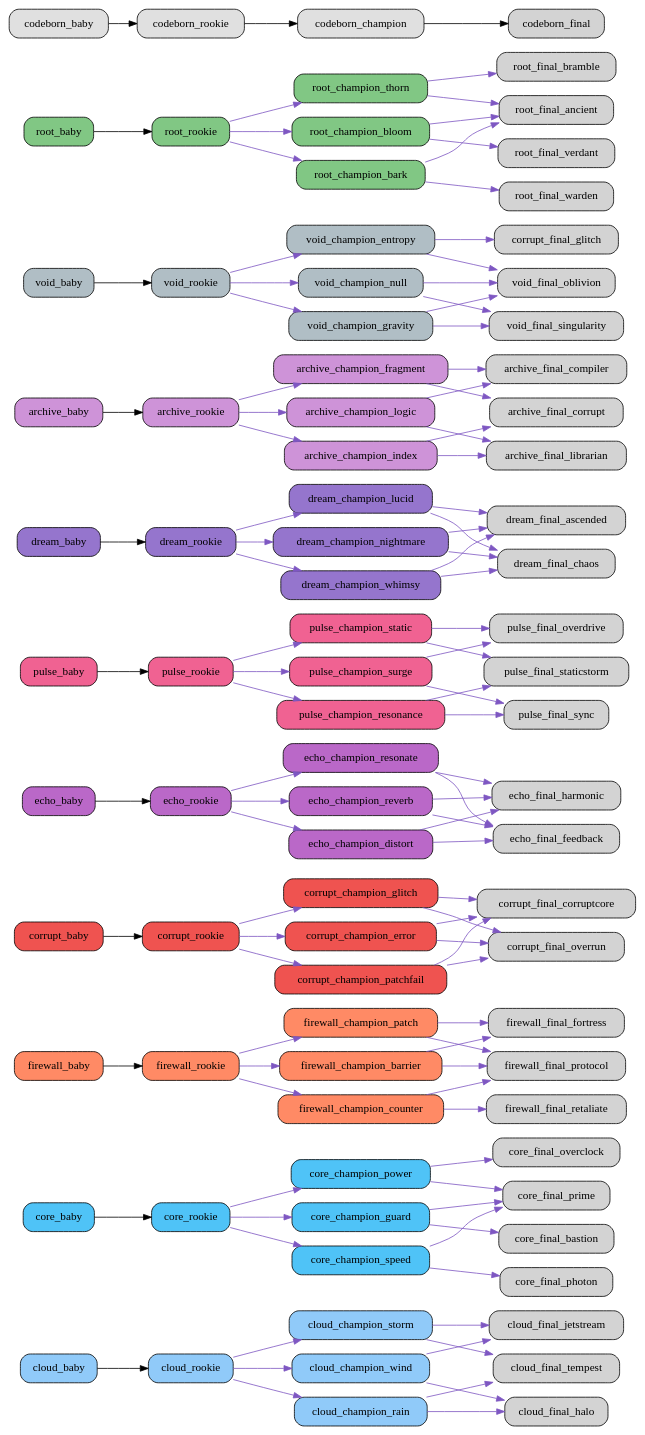
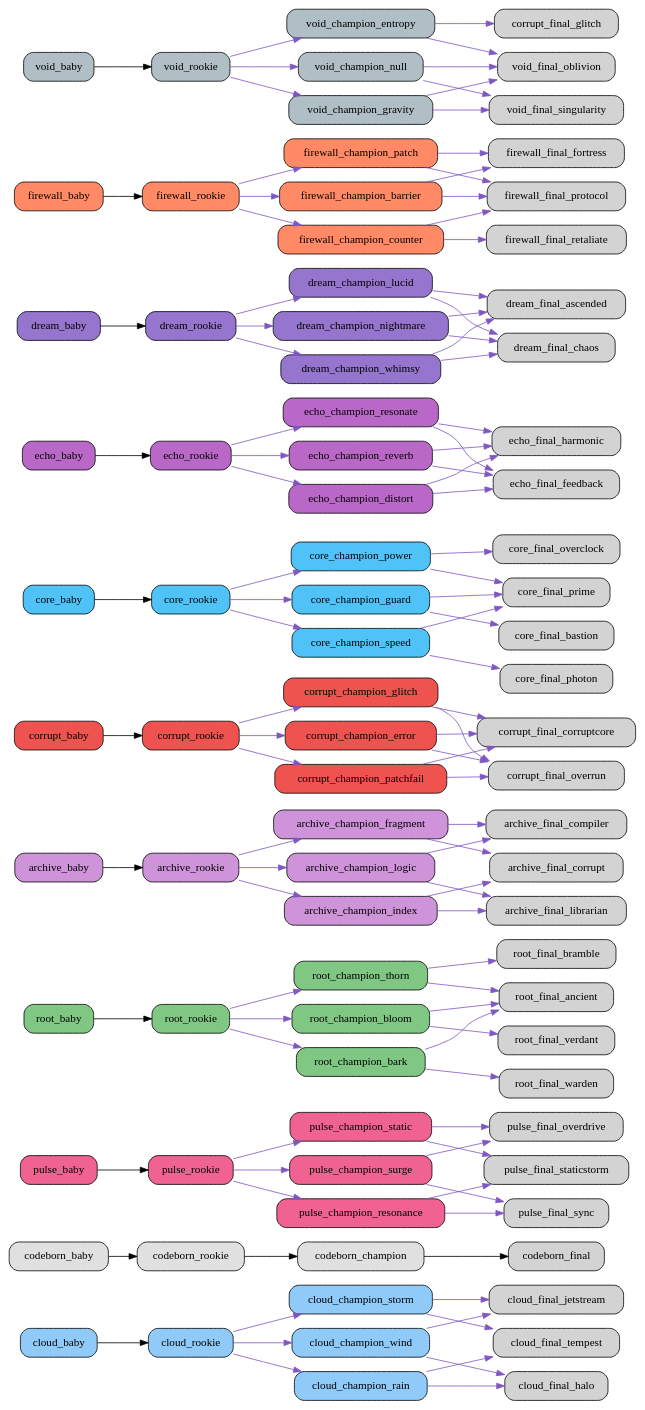
The diagram in src/netgrid/systems/evolution/graphs/full/evolution_graph.dot (bwlight/NetGrid), drawn with Graphviz before and after one commit. The commit also changed other lines of this file and 8 other files, not shown here.

Commit message:
Auto-update evolution graphs

```diff
--- a/src/netgrid/systems/evolution/graphs/full/evolution_graph.dot
+++ b/src/netgrid/systems/evolution/graphs/full/evolution_graph.dot
@@ -16,6 +16,72 @@
   "cloud_champion_storm" [fillcolor="#90caf9"];
   "cloud_champion_storm" -> "cloud_final_tempest" [color="#7e57c2"];
   "cloud_champion_storm" -> "cloud_final_jetstream" [color="#7e57c2"];
+  "codeborn_baby" [fillcolor="#e0e0e0"];
+  "codeborn_baby" -> "codeborn_rookie";
+  "codeborn_rookie" [fillcolor="#e0e0e0"];
+  "codeborn_rookie" -> "codeborn_champion";
+  "codeborn_champion" [fillcolor="#e0e0e0"];
+  "codeborn_champion" -> "codeborn_final";
+  "pulse_baby" [fillcolor="#f06292"];
+  "pulse_baby" -> "pulse_rookie";
+  "pulse_rookie" [fillcolor="#f06292"];
+  "pulse_rookie" -> "pulse_champion_surge" [color="#7e57c2"];
+  "pulse_rookie" -> "pulse_champion_resonance" [color="#7e57c2"];
+  "pulse_rookie" -> "pulse_champion_static" [color="#7e57c2"];
+  "pulse_champion_surge" [fillcolor="#f06292"];
+  "pulse_champion_surge" -> "pulse_final_overdrive" [color="#7e57c2"];
+  "pulse_champion_surge" -> "pulse_final_sync" [color="#7e57c2"];
+  "pulse_champion_resonance" [fillcolor="#f06292"];
+  "pulse_champion_resonance" -> "pulse_final_sync" [color="#7e57c2"];
+  "pulse_champion_resonance" -> "pulse_final_staticstorm" [color="#7e57c2"];
+  "pulse_champion_static" [fillcolor="#f06292"];
+  "pulse_champion_static" -> "pulse_final_staticstorm" [color="#7e57c2"];
+  "pulse_champion_static" -> "pulse_final_overdrive" [color="#7e57c2"];
+  "root_baby" [fillcolor="#81c784"];
+  "root_baby" -> "root_rookie";
+  "root_rookie" [fillcolor="#81c784"];
+  "root_rookie" -> "root_champion_thorn" [color="#7e57c2"];
+  "root_rookie" -> "root_champion_bloom" [color="#7e57c2"];
+  "root_rookie" -> "root_champion_bark" [color="#7e57c2"];
+  "root_champion_thorn" [fillcolor="#81c784"];
+  "root_champion_thorn" -> "root_final_bramble" [color="#7e57c2"];
+  "root_champion_thorn" -> "root_final_ancient" [color="#7e57c2"];
+  "root_champion_bloom" [fillcolor="#81c784"];
+  "root_champion_bloom" -> "root_final_ancient" [color="#7e57c2"];
+  "root_champion_bloom" -> "root_final_verdant" [color="#7e57c2"];
+  "root_champion_bark" [fillcolor="#81c784"];
+  "root_champion_bark" -> "root_final_warden" [color="#7e57c2"];
+  "root_champion_bark" -> "root_final_ancient" [color="#7e57c2"];
+  "archive_baby" [fillcolor="#ce93d8"];
+  "archive_baby" -> "archive_rookie";
+  "archive_rookie" [fillcolor="#ce93d8"];
+  "archive_rookie" -> "archive_champion_logic" [color="#7e57c2"];
+  "archive_rookie" -> "archive_champion_index" [color="#7e57c2"];
+  "archive_rookie" -> "archive_champion_fragment" [color="#7e57c2"];
+  "archive_champion_logic" [fillcolor="#ce93d8"];
+  "archive_champion_logic" -> "archive_final_compiler" [color="#7e57c2"];
+  "archive_champion_logic" -> "archive_final_librarian" [color="#7e57c2"];
+  "archive_champion_index" [fillcolor="#ce93d8"];
+  "archive_champion_index" -> "archive_final_librarian" [color="#7e57c2"];
+  "archive_champion_index" -> "archive_final_corrupt" [color="#7e57c2"];
+  "archive_champion_fragment" [fillcolor="#ce93d8"];
+  "archive_champion_fragment" -> "archive_final_corrupt" [color="#7e57c2"];
+  "archive_champion_fragment" -> "archive_final_compiler" [color="#7e57c2"];
+  "corrupt_baby" [fillcolor="#ef5350"];
+  "corrupt_baby" -> "corrupt_rookie";
+  "corrupt_rookie" [fillcolor="#ef5350"];
+  "corrupt_rookie" -> "corrupt_champion_glitch" [color="#7e57c2"];
+  "corrupt_rookie" -> "corrupt_champion_error" [color="#7e57c2"];
+  "corrupt_rookie" -> "corrupt_champion_patchfail" [color="#7e57c2"];
+  "corrupt_champion_glitch" [fillcolor="#ef5350"];
+  "corrupt_champion_glitch" -> "corrupt_final_corruptcore" [color="#7e57c2"];
+  "corrupt_champion_glitch" -> "corrupt_final_overrun" [color="#7e57c2"];
+  "corrupt_champion_error" [fillcolor="#ef5350"];
+  "corrupt_champion_error" -> "corrupt_final_overrun" [color="#7e57c2"];
+  "corrupt_champion_error" -> "corrupt_final_corruptcore" [color="#7e57c2"];
+  "corrupt_champion_patchfail" [fillcolor="#ef5350"];
+  "corrupt_champion_patchfail" -> "corrupt_final_corruptcore" [color="#7e57c2"];
+  "corrupt_champion_patchfail" -> "corrupt_final_overrun" [color="#7e57c2"];
   "core_baby" [fillcolor="#4fc3f7"];
   "core_baby" -> "core_rookie";
   "core_rookie" [fillcolor="#4fc3f7"];
@@ -31,6 +97,36 @@
   "core_champion_speed" [fillcolor="#4fc3f7"];
   "core_champion_speed" -> "core_final_photon" [color="#7e57c2"];
   "core_champion_speed" -> "core_final_prime" [color="#7e57c2"];
+  "echo_baby" [fillcolor="#ba68c8"];
+  "echo_baby" -> "echo_rookie";
+  "echo_rookie" [fillcolor="#ba68c8"];
+  "echo_rookie" -> "echo_champion_resonate" [color="#7e57c2"];
+  "echo_rookie" -> "echo_champion_reverb" [color="#7e57c2"];
+  "echo_rookie" -> "echo_champion_distort" [color="#7e57c2"];
+  "echo_champion_resonate" [fillcolor="#ba68c8"];
+  "echo_champion_resonate" -> "echo_final_harmonic" [color="#7e57c2"];
+  "echo_champion_resonate" -> "echo_final_feedback" [color="#7e57c2"];
+  "echo_champion_reverb" [fillcolor="#ba68c8"];
+  "echo_champion_reverb" -> "echo_final_feedback" [color="#7e57c2"];
+  "echo_champion_reverb" -> "echo_final_harmonic" [color="#7e57c2"];
+  "echo_champion_distort" [fillcolor="#ba68c8"];
+  "echo_champion_distort" -> "echo_final_feedback" [color="#7e57c2"];
+  "echo_champion_distort" -> "echo_final_harmonic" [color="#7e57c2"];
+  "dream_baby" [fillcolor="#9575cd"];
+  "dream_baby" -> "dream_rookie";
+  "dream_rookie" [fillcolor="#9575cd"];
+  "dream_rookie" -> "dream_champion_lucid" [color="#7e57c2"];
+  "dream_rookie" -> "dream_champion_nightmare" [color="#7e57c2"];
+  "dream_rookie" -> "dream_champion_whimsy" [color="#7e57c2"];
+  "dream_champion_lucid" [fillcolor="#9575cd"];
+  "dream_champion_lucid" -> "dream_final_ascended" [color="#7e57c2"];
+  "dream_champion_lucid" -> "dream_final_chaos" [color="#7e57c2"];
+  "dream_champion_nightmare" [fillcolor="#9575cd"];
+  "dream_champion_nightmare" -> "dream_final_chaos" [color="#7e57c2"];
+  "dream_champion_nightmare" -> "dream_final_ascended" [color="#7e57c2"];
+  "dream_champion_whimsy" [fillcolor="#9575cd"];
+  "dream_champion_whimsy" -> "dream_final_ascended" [color="#7e57c2"];
+  "dream_champion_whimsy" -> "dream_final_chaos" [color="#7e57c2"];
   "firewall_baby" [fillcolor="#ff8a65"];
   "firewall_baby" -> "firewall_rookie";
   "firewall_rookie" [fillcolor="#ff8a65"];
@@ -46,81 +142,6 @@
   "firewall_champion_patch" [fillcolor="#ff8a65"];
   "firewall_champion_patch" -> "firewall_final_protocol" [color="#7e57c2"];
   "firewall_champion_patch" -> "firewall_final_fortress" [color="#7e57c2"];
-  "corrupt_baby" [fillcolor="#ef5350"];
-  "corrupt_baby" -> "corrupt_rookie";
-  "corrupt_rookie" [fillcolor="#ef5350"];
-  "corrupt_rookie" -> "corrupt_champion_glitch" [color="#7e57c2"];
-  "corrupt_rookie" -> "corrupt_champion_error" [color="#7e57c2"];
-  "corrupt_rookie" -> "corrupt_champion_patchfail" [color="#7e57c2"];
-  "corrupt_champion_glitch" [fillcolor="#ef5350"];
-  "corrupt_champion_glitch" -> "corrupt_final_corruptcore" [color="#7e57c2"];
-  "corrupt_champion_glitch" -> "corrupt_final_overrun" [color="#7e57c2"];
-  "corrupt_champion_error" [fillcolor="#ef5350"];
-  "corrupt_champion_error" -> "corrupt_final_overrun" [color="#7e57c2"];
-  "corrupt_champion_error" -> "corrupt_final_corruptcore" [color="#7e57c2"];
-  "corrupt_champion_patchfail" [fillcolor="#ef5350"];
-  "corrupt_champion_patchfail" -> "corrupt_final_corruptcore" [color="#7e57c2"];
-  "corrupt_champion_patchfail" -> "corrupt_final_overrun" [color="#7e57c2"];
-  "echo_baby" [fillcolor="#ba68c8"];
-  "echo_baby" -> "echo_rookie";
-  "echo_rookie" [fillcolor="#ba68c8"];
-  "echo_rookie" -> "echo_champion_resonate" [color="#7e57c2"];
-  "echo_rookie" -> "echo_champion_reverb" [color="#7e57c2"];
-  "echo_rookie" -> "echo_champion_distort" [color="#7e57c2"];
-  "echo_champion_resonate" [fillcolor="#ba68c8"];
-  "echo_champion_resonate" -> "echo_final_harmonic" [color="#7e57c2"];
-  "echo_champion_resonate" -> "echo_final_feedback" [color="#7e57c2"];
-  "echo_champion_reverb" [fillcolor="#ba68c8"];
-  "echo_champion_reverb" -> "echo_final_feedback" [color="#7e57c2"];
-  "echo_champion_reverb" -> "echo_final_harmonic" [color="#7e57c2"];
-  "echo_champion_distort" [fillcolor="#ba68c8"];
-  "echo_champion_distort" -> "echo_final_feedback" [color="#7e57c2"];
-  "echo_champion_distort" -> "echo_final_harmonic" [color="#7e57c2"];
-  "pulse_baby" [fillcolor="#f06292"];
-  "pulse_baby" -> "pulse_rookie";
-  "pulse_rookie" [fillcolor="#f06292"];
-  "pulse_rookie" -> "pulse_champion_surge" [color="#7e57c2"];
-  "pulse_rookie" -> "pulse_champion_resonance" [color="#7e57c2"];
-  "pulse_rookie" -> "pulse_champion_static" [color="#7e57c2"];
-  "pulse_champion_surge" [fillcolor="#f06292"];
-  "pulse_champion_surge" -> "pulse_final_overdrive" [color="#7e57c2"];
-  "pulse_champion_surge" -> "pulse_final_sync" [color="#7e57c2"];
-  "pulse_champion_resonance" [fillcolor="#f06292"];
-  "pulse_champion_resonance" -> "pulse_final_sync" [color="#7e57c2"];
-  "pulse_champion_resonance" -> "pulse_final_staticstorm" [color="#7e57c2"];
-  "pulse_champion_static" [fillcolor="#f06292"];
-  "pulse_champion_static" -> "pulse_final_staticstorm" [color="#7e57c2"];
-  "pulse_champion_static" -> "pulse_final_overdrive" [color="#7e57c2"];
-  "dream_baby" [fillcolor="#9575cd"];
-  "dream_baby" -> "dream_rookie";
-  "dream_rookie" [fillcolor="#9575cd"];
-  "dream_rookie" -> "dream_champion_lucid" [color="#7e57c2"];
-  "dream_rookie" -> "dream_champion_nightmare" [color="#7e57c2"];
-  "dream_rookie" -> "dream_champion_whimsy" [color="#7e57c2"];
-  "dream_champion_lucid" [fillcolor="#9575cd"];
-  "dream_champion_lucid" -> "dream_final_ascended" [color="#7e57c2"];
-  "dream_champion_lucid" -> "dream_final_chaos" [color="#7e57c2"];
-  "dream_champion_nightmare" [fillcolor="#9575cd"];
-  "dream_champion_nightmare" -> "dream_final_chaos" [color="#7e57c2"];
-  "dream_champion_nightmare" -> "dream_final_ascended" [color="#7e57c2"];
-  "dream_champion_whimsy" [fillcolor="#9575cd"];
-  "dream_champion_whimsy" -> "dream_final_ascended" [color="#7e57c2"];
-  "dream_champion_whimsy" -> "dream_final_chaos" [color="#7e57c2"];
-  "archive_baby" [fillcolor="#ce93d8"];
-  "archive_baby" -> "archive_rookie";
-  "archive_rookie" [fillcolor="#ce93d8"];
-  "archive_rookie" -> "archive_champion_logic" [color="#7e57c2"];
-  "archive_rookie" -> "archive_champion_index" [color="#7e57c2"];
-  "archive_rookie" -> "archive_champion_fragment" [color="#7e57c2"];
-  "archive_champion_logic" [fillcolor="#ce93d8"];
-  "archive_champion_logic" -> "archive_final_compiler" [color="#7e57c2"];
-  "archive_champion_logic" -> "archive_final_librarian" [color="#7e57c2"];
-  "archive_champion_index" [fillcolor="#ce93d8"];
-  "archive_champion_index" -> "archive_final_librarian" [color="#7e57c2"];
-  "archive_champion_index" -> "archive_final_corrupt" [color="#7e57c2"];
-  "archive_champion_fragment" [fillcolor="#ce93d8"];
-  "archive_champion_fragment" -> "archive_final_corrupt" [color="#7e57c2"];
-  "archive_champion_fragment" -> "archive_final_compiler" [color="#7e57c2"];
   "void_baby" [fillcolor="#b0bec5"];
   "void_baby" -> "void_rookie";
   "void_rookie" [fillcolor="#b0bec5"];
@@ -136,25 +157,4 @@
   "void_champion_null" [fillcolor="#b0bec5"];
   "void_champion_null" -> "void_final_oblivion" [color="#7e57c2"];
   "void_champion_null" -> "void_final_singularity" [color="#7e57c2"];
-  "root_baby" [fillcolor="#81c784"];
-  "root_baby" -> "root_rookie";
-  "root_rookie" [fillcolor="#81c784"];
-  "root_rookie" -> "root_champion_thorn" [color="#7e57c2"];
-  "root_rookie" -> "root_champion_bloom" [color="#7e57c2"];
-  "root_rookie" -> "root_champion_bark" [color="#7e57c2"];
-  "root_champion_thorn" [fillcolor="#81c784"];
-  "root_champion_thorn" -> "root_final_bramble" [color="#7e57c2"];
-  "root_champion_thorn" -> "root_final_ancient" [color="#7e57c2"];
-  "root_champion_bloom" [fillcolor="#81c784"];
-  "root_champion_bloom" -> "root_final_ancient" [color="#7e57c2"];
-  "root_champion_bloom" -> "root_final_verdant" [color="#7e57c2"];
-  "root_champion_bark" [fillcolor="#81c784"];
-  "root_champion_bark" -> "root_final_warden" [color="#7e57c2"];
-  "root_champion_bark" -> "root_final_ancient" [color="#7e57c2"];
-  "codeborn_baby" [fillcolor="#e0e0e0"];
-  "codeborn_baby" -> "codeborn_rookie";
-  "codeborn_rookie" [fillcolor="#e0e0e0"];
-  "codeborn_rookie" -> "codeborn_champion";
-  "codeborn_champion" [fillcolor="#e0e0e0"];
-  "codeborn_champion" -> "codeborn_final";
 }
```
